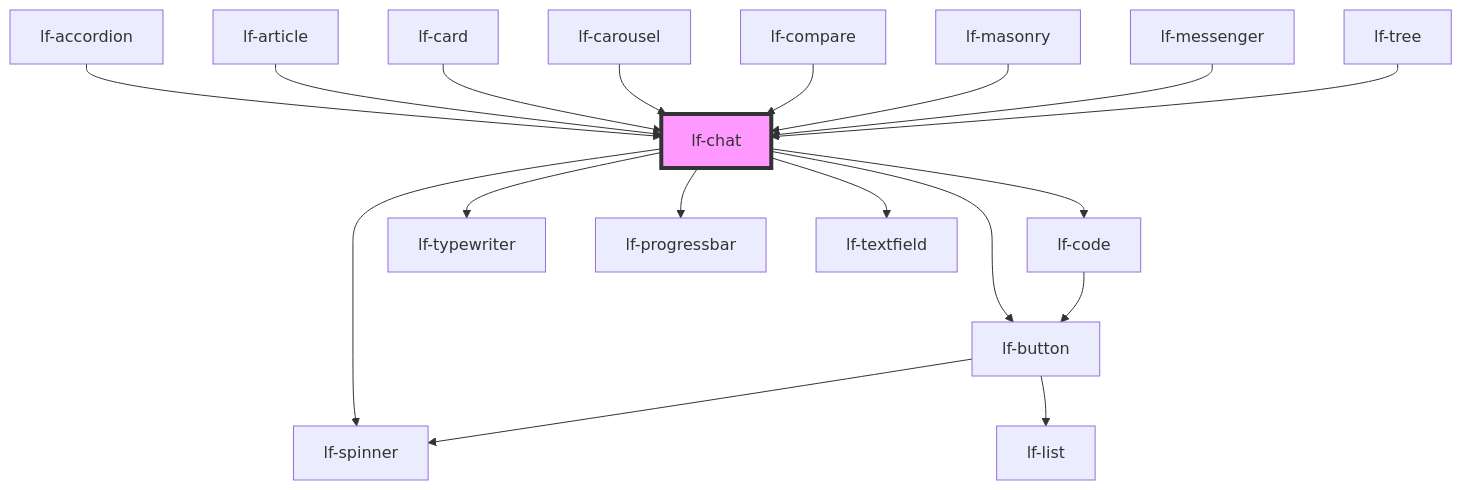
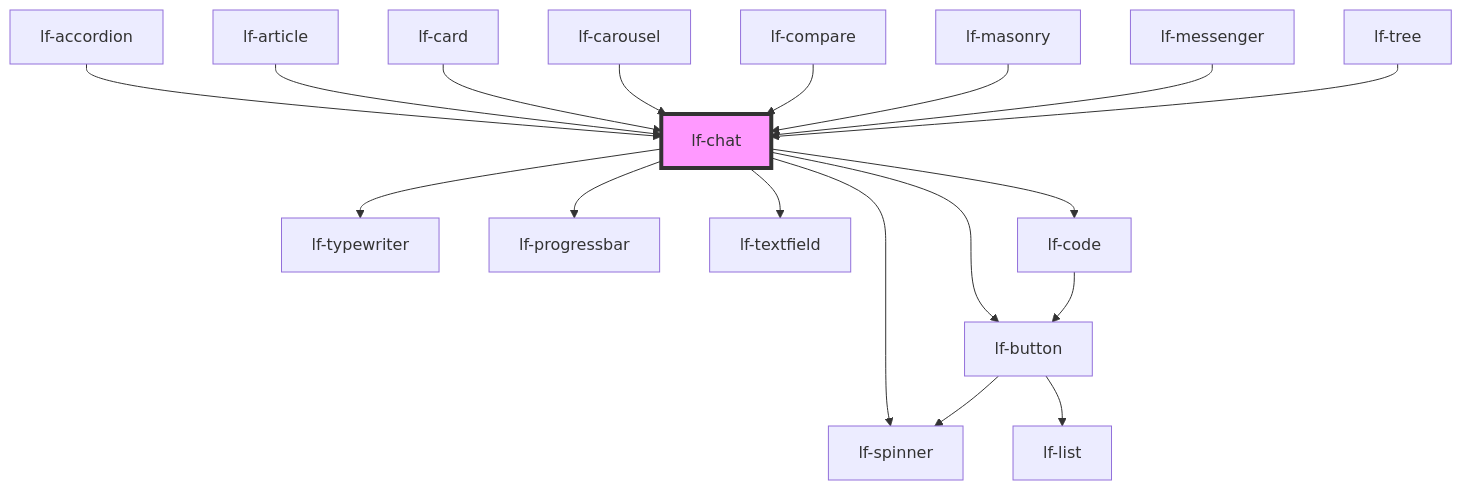
One commit to lucafoscili/lf-widgets changed the diagram in packages/core/src/components/lf-chat/readme.md. Above: the diagram before and after it, drawn with Mermaid. The commit also changed other lines of this file and 14 other files, not shown here.

````diff
--- a/packages/core/src/components/lf-chat/readme.md
+++ b/packages/core/src/components/lf-chat/readme.md
@@ -196,21 +209,21 @@
 ```mermaid
 graph TD;
   lf-chat --> lf-spinner
-  lf-chat --> lf-code
   lf-chat --> lf-button
   lf-chat --> lf-typewriter
   lf-chat --> lf-progressbar
   lf-chat --> lf-textfield
-  lf-code --> lf-button
+  lf-chat --> lf-code
   lf-button --> lf-list
   lf-button --> lf-spinner
+  lf-code --> lf-button
   lf-accordion --> lf-chat
   lf-article --> lf-chat
   lf-card --> lf-chat
   lf-carousel --> lf-chat
   lf-compare --> lf-chat
   lf-masonry --> lf-chat
   lf-messenger --> lf-chat
   lf-tree --> lf-chat
   style lf-chat fill:#f9f,stroke:#333,stroke-width:4px
 ```
````
